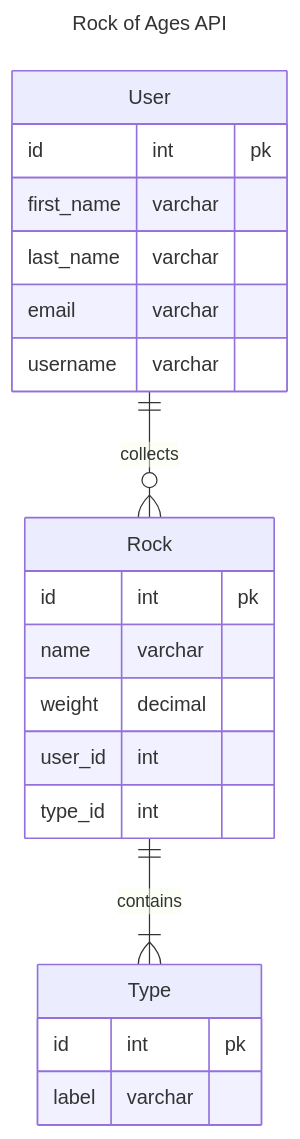
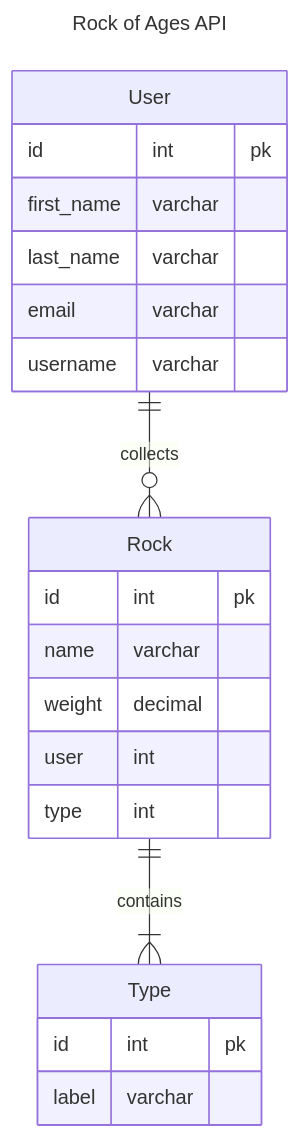
One commit to nashville-software-school/server-side-python-curriculum changed the diagram in book-2-django/chapters/ROA_MODELS.md. Above: the diagram before and after it, drawn with Mermaid. The commit also changed other lines of this file, not shown here.

Commit message:
remove _id from db diagram to avoid confusion

````diff
--- a/book-2-django/chapters/ROA_MODELS.md
+++ b/book-2-django/chapters/ROA_MODELS.md
@@ -32,26 +32,26 @@
 ```mermaid
 ---
 title: Rock of Ages API
 ---
 erDiagram
     User ||--o{ Rock : collects
     User {
         id int pk
         first_name varchar
         last_name varchar
         email varchar
         username varchar
     }
     Rock {
         id int pk
         name varchar
         weight decimal
-        user_id int
-        type_id int
+        user int
+        type int
     }
     Rock ||--|{ Type : contains
     Type  {
     id int pk
     label varchar
     }
 ```
````
